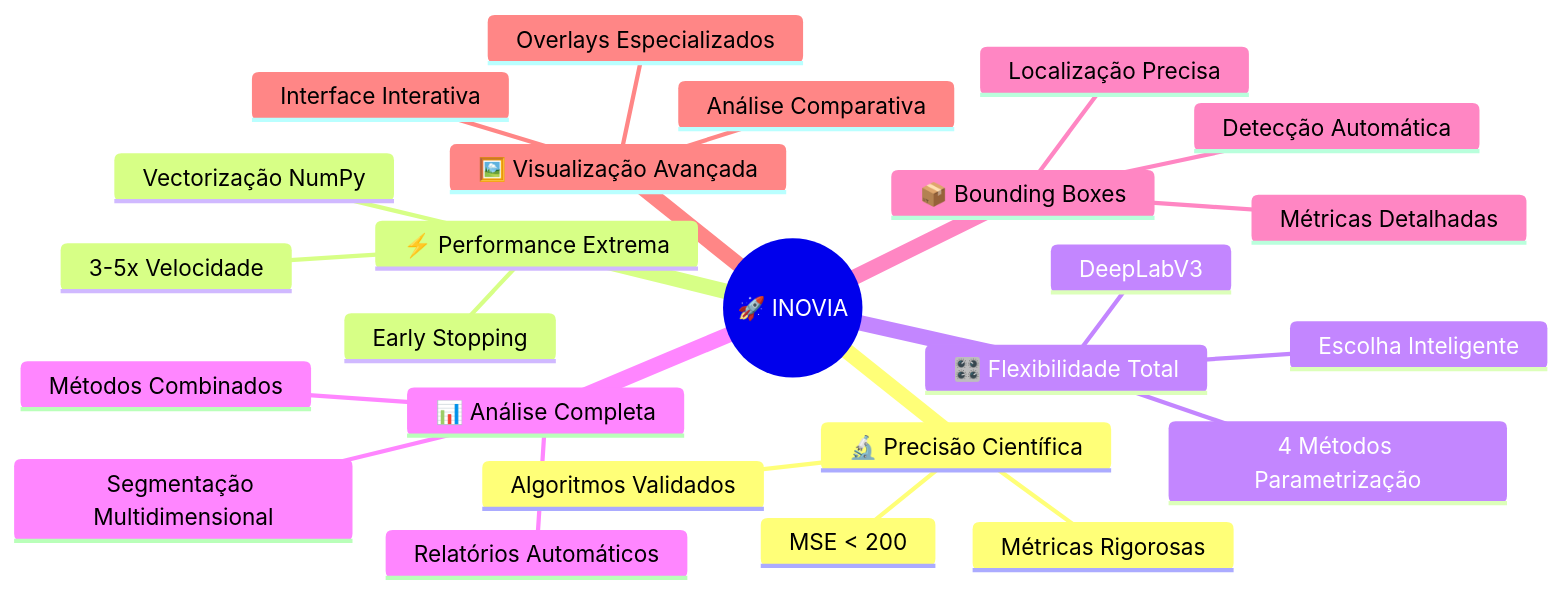
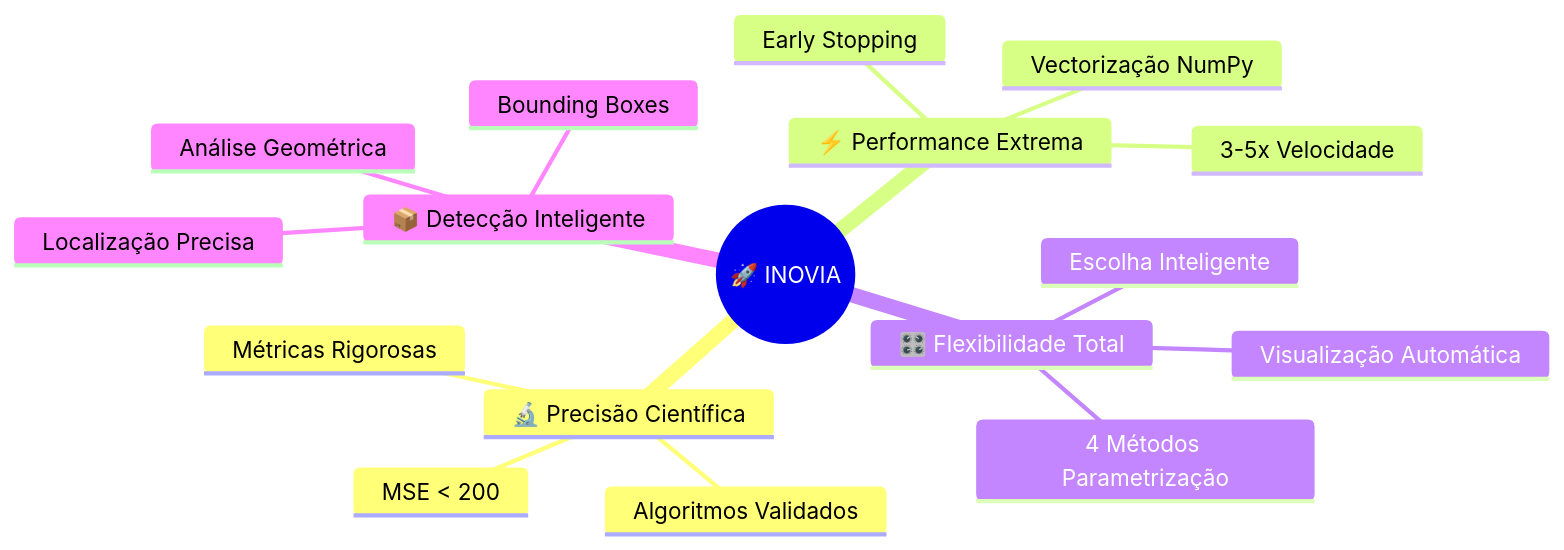
Before and after one commit to danilorigitano/DesafioInovia-dev: the second of 9 diagrams in README.md, drawn with Mermaid. The commit also changed other lines of this file and 8 other files, not shown here.

````diff
--- a/README.md
+++ b/README.md
@@ -36,28 +34,20 @@
 ```mermaid
 mindmap
     root((🚀 INOVIA))
         🔬 Precisão Científica
             Algoritmos Validados
             MSE < 200
             Métricas Rigorosas
         ⚡ Performance Extrema
             Vectorização NumPy
             3-5x Velocidade
             Early Stopping
         🎛️ Flexibilidade Total
-            DeepLabV3
             4 Métodos Parametrização
             Escolha Inteligente
-        📊 Análise Completa
-            Segmentação Multidimensional
-            Métodos Combinados
-            Relatórios Automáticos
-        📦 Bounding Boxes
-            Detecção Automática
+            Visualização Automática
+        📦 Detecção Inteligente
+            Bounding Boxes
             Localização Precisa
-            Métricas Detalhadas
-        🖼️ Visualização Avançada
-            Interface Interativa
-            Overlays Especializados
-            Análise Comparativa
+            Análise Geométrica
 ```
````
